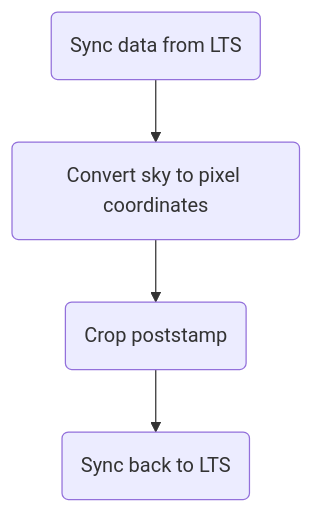
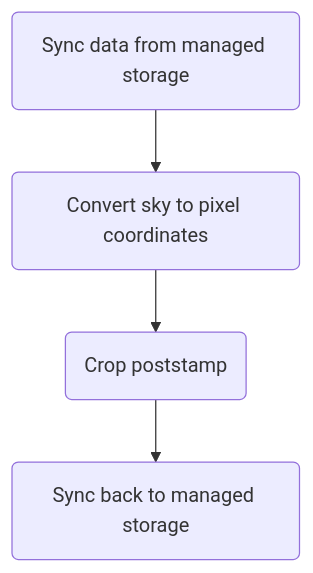
The diagram in workflow.mmd (knservis/lts-template), drawn with Mermaid before and after one commit. The commit also changed 1 other file, not shown here.

Commit message:
LTS to managed storage

```diff
--- a/workflow.mmd
+++ b/workflow.mmd
@@ -1,4 +1,4 @@
 graph TD;
-A(Sync data from LTS)--> B(Convert sky to pixel coordinates);
+A(Sync data from managed storage)--> B(Convert sky to pixel coordinates);
 B --> C(Crop poststamp);
-C --> D(Sync back to LTS);
+C --> D(Sync back to managed storage);
```
